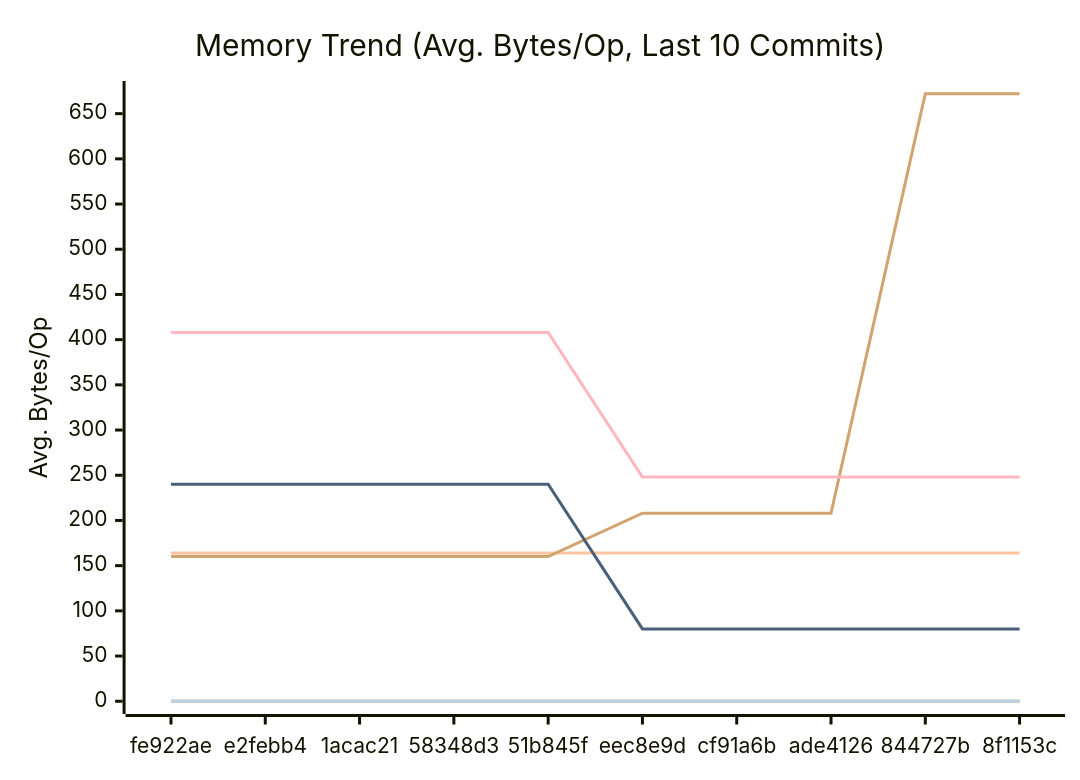
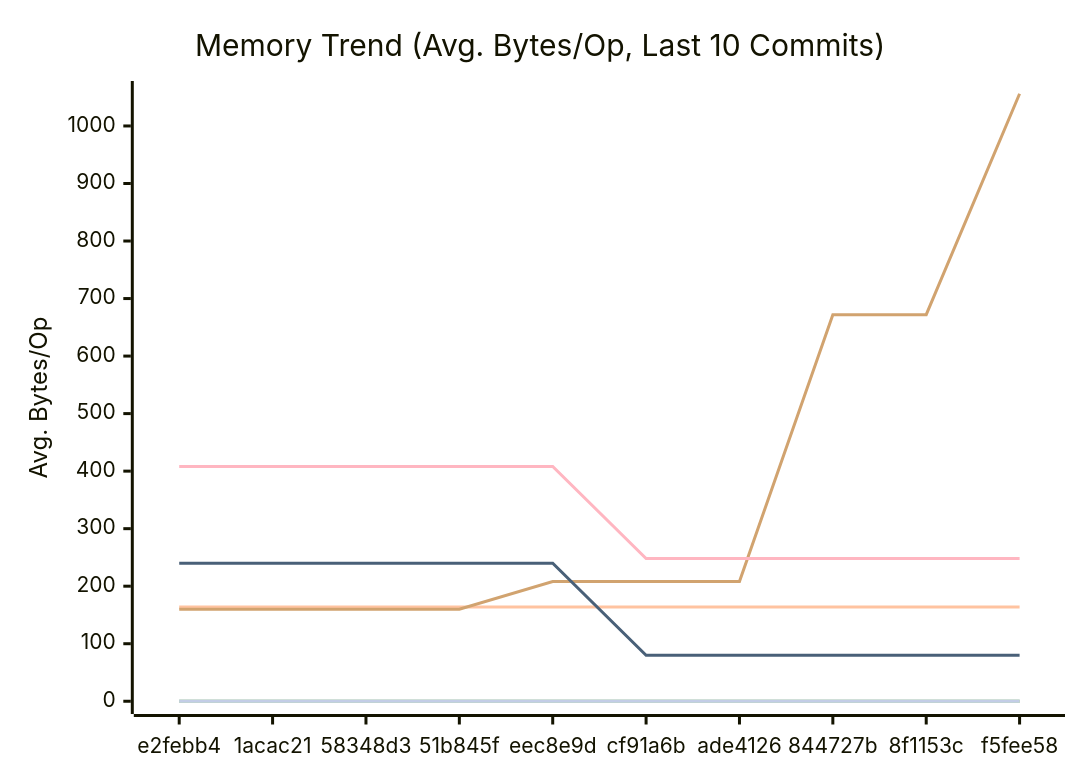
One commit to alsotoes/momo changed the second of 3 diagrams in docs/PERFORMANCE.md. Above: the diagram before and after it, drawn with Mermaid. The commit also changed other lines of this file and 13 other files, not shown here.

````diff
--- a/docs/PERFORMANCE.md
+++ b/docs/PERFORMANCE.md
@@ -97,16 +99,16 @@
 ```mermaid
 xychart-beta
     title "Memory Trend (Avg. Bytes/Op, Last 10 Commits)"
     x-axis "Commit"
     y-axis "Avg. Bytes/Op"
-    x-axis [fe922ae,e2febb4,1acac21,58348d3,51b845f,eec8e9d,cf91a6b,ade4126,844727b,8f1153c]
+    x-axis [e2febb4,1acac21,58348d3,51b845f,eec8e9d,cf91a6b,ade4126,844727b,8f1153c,f5fee58]
     line "CheckMetricsAndSwap" [0,0,0,0,0,0,0,0,0,0]
     line "CrushOptimized" [0,0,0,0,0,0,0,0,0,0]
     line "CrushOriginal" [164,164,164,164,164,164,164,164,164,164]
     line "IndexDirectTracking" [0,0,0,0,0,0,0,0,0,0]
     line "IndexSearch" [0,0,0,0,0,0,0,0,0,0]
-    line "LoadGlobalConfig" [160,160,160,160,160,208,208,208,672,672]
+    line "LoadGlobalConfig" [160,160,160,160,208,208,208,672,672,1056]
     line "PadString" [0,0,0,0,0,0,0,0,0,0]
     line "ParseReplicationOrder_NoPrealloc" [408,408,408,408,408,248,248,248,248,248]
     line "ParseReplicationOrder_Prealloc" [240,240,240,240,240,80,80,80,80,80]
 ```
````
